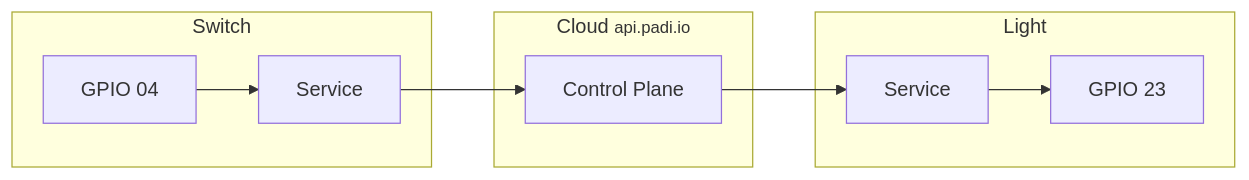
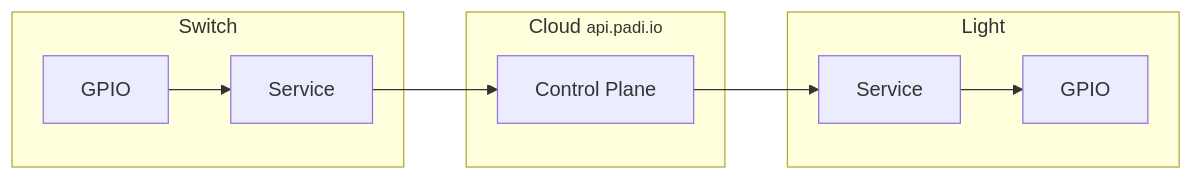
Before and after one commit to project-arete/sdk: the diagram in 01_the_switch_and_the_light/README.md, drawn with Mermaid.

````diff
--- a/01_the_switch_and_the_light/README.md
+++ b/01_the_switch_and_the_light/README.md
@@ -12,22 +12,22 @@
 ```mermaid
 graph LR;
 
 switch_service --> control_plane;
 control_plane --> light_service;
 
 subgraph switch[Switch]
-gpio_04[GPIO 04];
+gpio_04[GPIO];
 switch_service[Service];
 gpio_04 --> switch_service;
 end
 
 subgraph cloud[Cloud <small>api.padi.io</small>]
 control_plane[Control Plane];
 end
 
 subgraph light[Light]
 light_service[Service];
-led[GPIO 23];
+led[GPIO];
 light_service --> led;
 end
 ```
````
